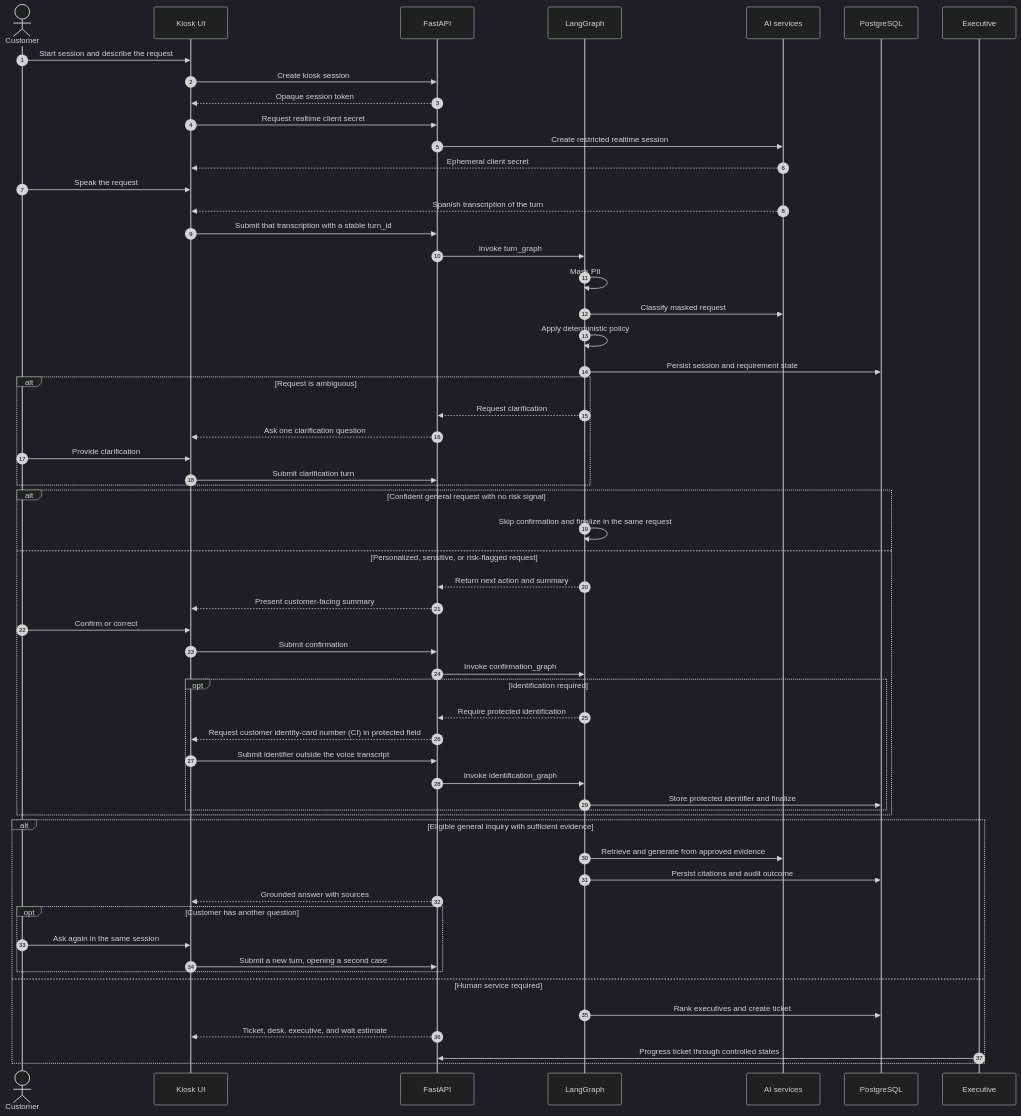
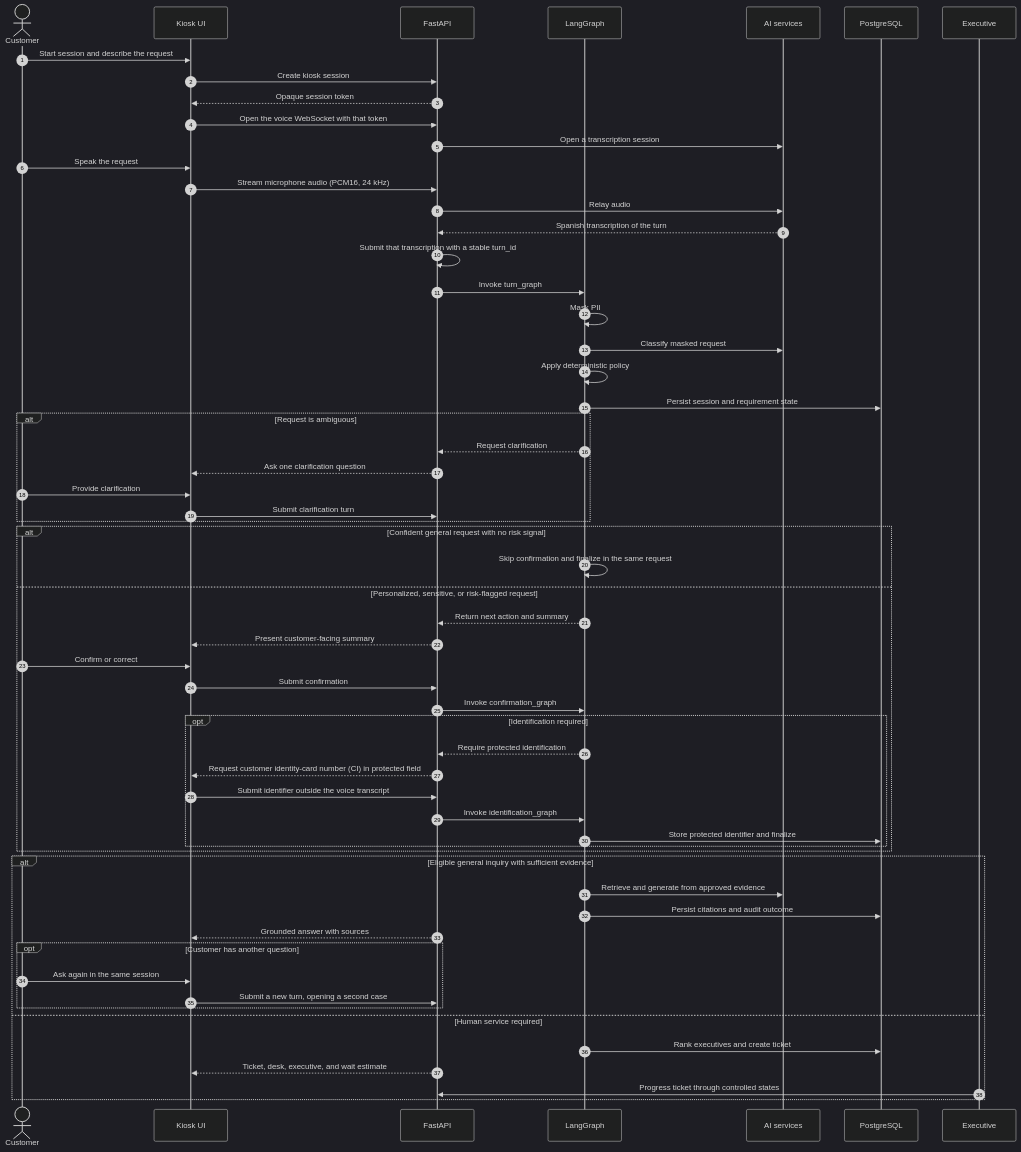
The third of 10 diagrams in README.md (ChristianMendozaa/banking-orchestration-system), drawn with Mermaid (dark theme) before and after one commit. The commit also changed other lines of this file and 50 other files, not shown here.

````diff
--- a/README.md
+++ b/README.md
@@ -127,65 +127,66 @@
 ```mermaid
 sequenceDiagram
     autonumber
     actor Customer
     participant UI as Kiosk UI
     participant API as FastAPI
     participant Graph as LangGraph
     participant AI as AI services
     participant DB as PostgreSQL
     participant Exec as Executive
 
     Customer->>UI: Start session and describe the request
     UI->>API: Create kiosk session
     API-->>UI: Opaque session token
-    UI->>API: Request realtime client secret
-    API->>AI: Create restricted realtime session
-    AI-->>UI: Ephemeral client secret
+    UI->>API: Open the voice WebSocket with that token
+    API->>AI: Open a transcription session
 
     Customer->>UI: Speak the request
-    AI-->>UI: Spanish transcription of the turn
-    UI->>API: Submit that transcription with a stable turn_id
+    UI->>API: Stream microphone audio (PCM16, 24 kHz)
+    API->>AI: Relay audio
+    AI-->>API: Spanish transcription of the turn
+    API->>API: Submit that transcription with a stable turn_id
     API->>Graph: Invoke turn_graph
     Graph->>Graph: Mask PII
     Graph->>AI: Classify masked request
     Graph->>Graph: Apply deterministic policy
     Graph->>DB: Persist session and requirement state
 
     alt Request is ambiguous
         Graph-->>API: Request clarification
         API-->>UI: Ask one clarification question
         Customer->>UI: Provide clarification
         UI->>API: Submit clarification turn
     end
 
     alt Confident general request with no risk signal
         Graph->>Graph: Skip confirmation and finalize in the same request
     else Personalized, sensitive, or risk-flagged request
         Graph-->>API: Return next action and summary
         API-->>UI: Present customer-facing summary
         Customer->>UI: Confirm or correct
         UI->>API: Submit confirmation
         API->>Graph: Invoke confirmation_graph
         opt Identification required
             Graph-->>API: Require protected identification
             API-->>UI: Request customer identity-card number (CI) in protected field
             UI->>API: Submit identifier outside the voice transcript
             API->>Graph: Invoke identification_graph
             Graph->>DB: Store protected identifier and finalize
         end
     end
 
     alt Eligible general inquiry with sufficient evidence
         Graph->>AI: Retrieve and generate from approved evidence
         Graph->>DB: Persist citations and audit outcome
         API-->>UI: Grounded answer with sources
         opt Customer has another question
             Customer->>UI: Ask again in the same session
             UI->>API: Submit a new turn, opening a second case
         end
     else Human service required
         Graph->>DB: Rank executives and create ticket
         API-->>UI: Ticket, desk, executive, and wait estimate
         Exec->>API: Progress ticket through controlled states
     end
 ```
````
